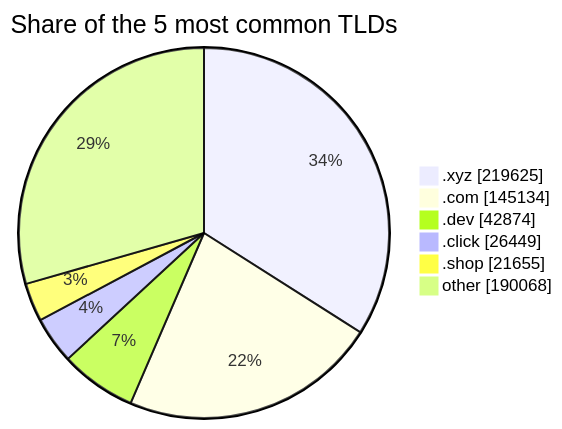
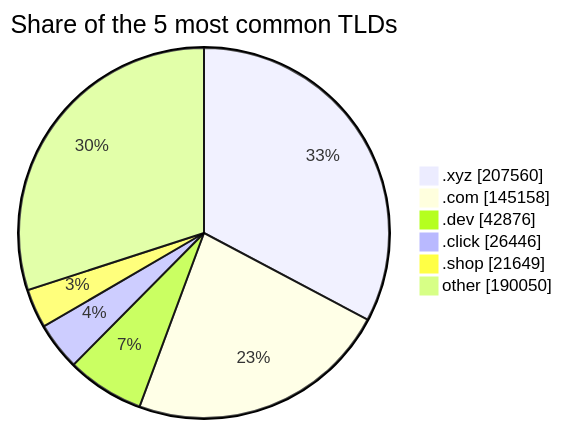
The third of 3 diagrams in README.md (DNSBunker/CTI), drawn with Mermaid before and after one commit. The commit also changed other lines of this file and 3 other files, not shown here.

````diff
--- a/README.md
+++ b/README.md
@@ -81,9 +81,9 @@
 ```mermaid
 pie showData title Share of the 5 most common TLDs
-    ".xyz" : 219625
-    ".com" : 145134
-    ".dev" : 42874
-    ".click" : 26449
-    ".shop" : 21655
-    "other" : 190068
+    ".xyz" : 207560
+    ".com" : 145158
+    ".dev" : 42876
+    ".click" : 26446
+    ".shop" : 21649
+    "other" : 190050
 ```
````
